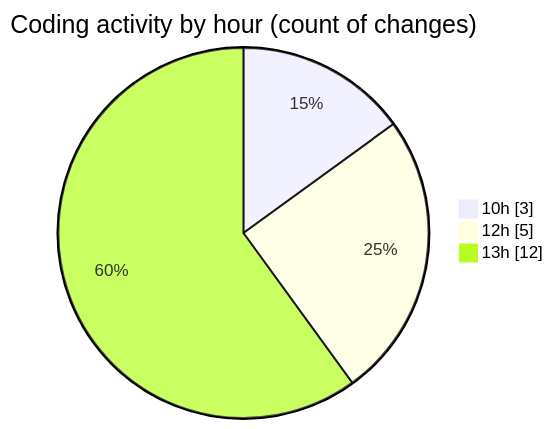
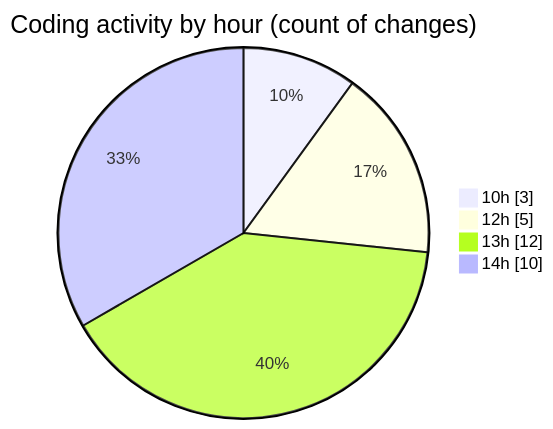
Before and after one commit to nxtqubesakshisongat/code-tracking: the second of 2 diagrams in 2026-05-07/nxtqube_webapp/README.md, drawn with Mermaid. The commit also changed other lines of this file and 1 other file, not shown here.

````diff
--- a/2026-05-07/nxtqube_webapp/README.md
+++ b/2026-05-07/nxtqube_webapp/README.md
@@ -29,7 +33,8 @@
 ```mermaid
 pie showData
 title Coding activity by hour (count of changes)
 "10h" : 3
 "12h" : 5
 "13h" : 12
+"14h" : 10
 ```
````
